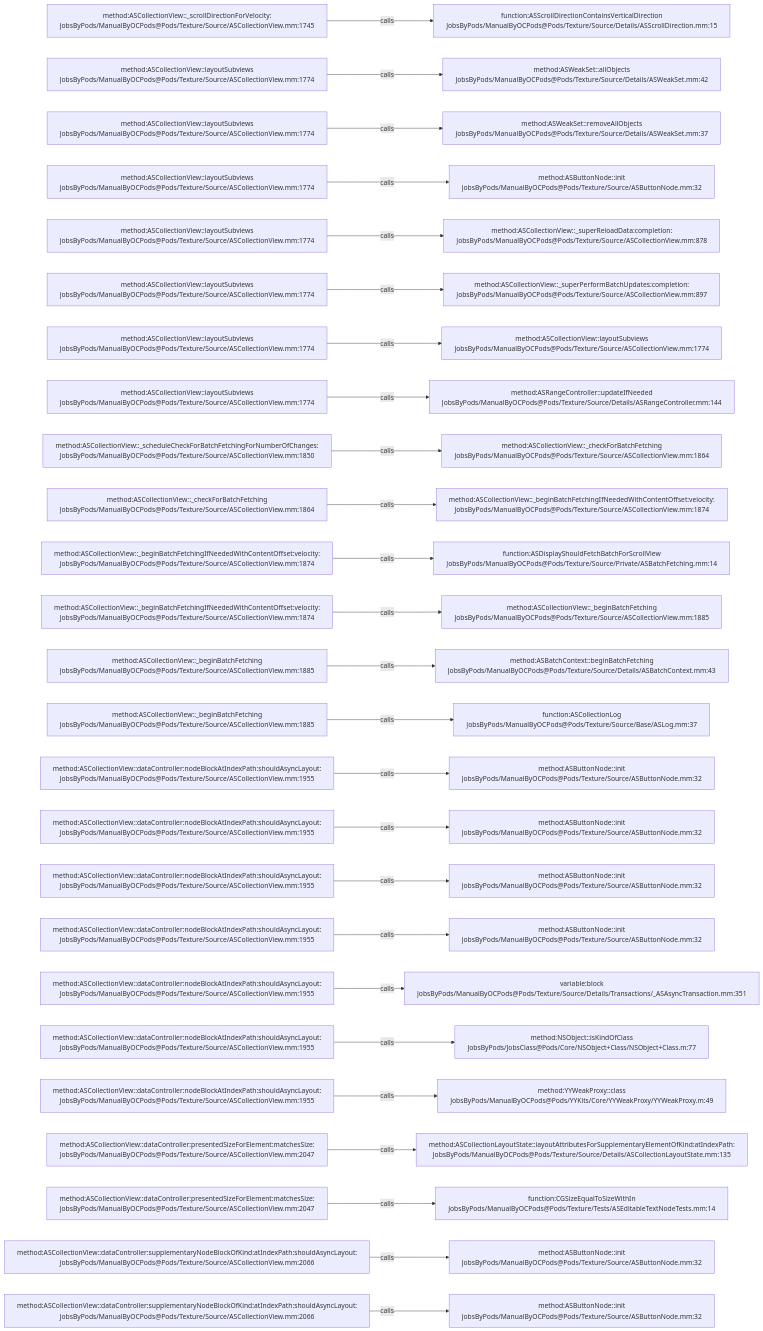
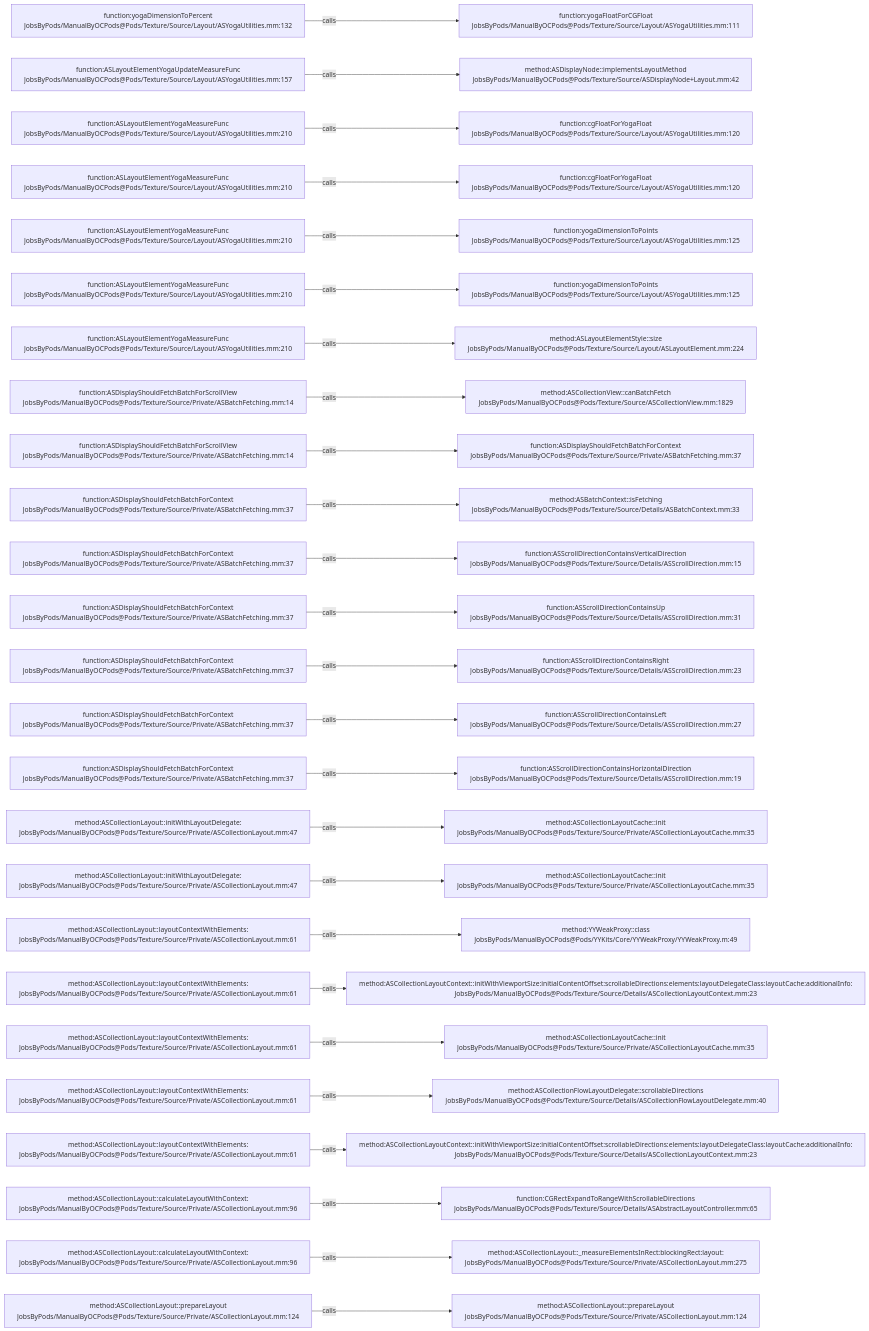
The diagram in .codegraph/codegraph.md/graphs/calls-192.md (JobsKits/JobsOCBaseConfigDemo), drawn with Mermaid before and after one commit. The commit also changed 2162 other files, not shown here.

````diff
--- a/.codegraph/codegraph.md/graphs/calls-192.md
+++ b/.codegraph/codegraph.md/graphs/calls-192.md
@@ -13,78 +13,78 @@
 ```mermaid
 flowchart LR
-  S1["method:ASCollectionView::_scrollDirectionForVelocity:<br/>JobsByPods/ManualByOCPods@Pods/Texture/Source/ASCollectionView.mm:1745"]
-  T1["function:ASScrollDirectionContainsVerticalDirection<br/>JobsByPods/ManualByOCPods@Pods/Texture/Source/Details/ASScrollDirection.mm:15"]
+  S1["function:yogaDimensionToPercent<br/>JobsByPods/ManualByOCPods@Pods/Texture/Source/Layout/ASYogaUtilities.mm:132"]
+  T1["function:yogaFloatForCGFloat<br/>JobsByPods/ManualByOCPods@Pods/Texture/Source/Layout/ASYogaUtilities.mm:111"]
   S1 -->|calls| T1
-  S2["method:ASCollectionView::layoutSubviews<br/>JobsByPods/ManualByOCPods@Pods/Texture/Source/ASCollectionView.mm:1774"]
-  T2["method:ASWeakSet::allObjects<br/>JobsByPods/ManualByOCPods@Pods/Texture/Source/Details/ASWeakSet.mm:42"]
+  S2["function:ASLayoutElementYogaUpdateMeasureFunc<br/>JobsByPods/ManualByOCPods@Pods/Texture/Source/Layout/ASYogaUtilities.mm:157"]
+  T2["method:ASDisplayNode::implementsLayoutMethod<br/>JobsByPods/ManualByOCPods@Pods/Texture/Source/ASDisplayNode+Layout.mm:42"]
   S2 -->|calls| T2
-  S3["method:ASCollectionView::layoutSubviews<br/>JobsByPods/ManualByOCPods@Pods/Texture/Source/ASCollectionView.mm:1774"]
-  T3["method:ASWeakSet::removeAllObjects<br/>JobsByPods/ManualByOCPods@Pods/Texture/Source/Details/ASWeakSet.mm:37"]
+  S3["function:ASLayoutElementYogaMeasureFunc<br/>JobsByPods/ManualByOCPods@Pods/Texture/Source/Layout/ASYogaUtilities.mm:210"]
+  T3["function:cgFloatForYogaFloat<br/>JobsByPods/ManualByOCPods@Pods/Texture/Source/Layout/ASYogaUtilities.mm:120"]
   S3 -->|calls| T3
-  S4["method:ASCollectionView::layoutSubviews<br/>JobsByPods/ManualByOCPods@Pods/Texture/Source/ASCollectionView.mm:1774"]
-  T4["method:ASButtonNode::init<br/>JobsByPods/ManualByOCPods@Pods/Texture/Source/ASButtonNode.mm:32"]
+  S4["function:ASLayoutElementYogaMeasureFunc<br/>JobsByPods/ManualByOCPods@Pods/Texture/Source/Layout/ASYogaUtilities.mm:210"]
+  T4["function:cgFloatForYogaFloat<br/>JobsByPods/ManualByOCPods@Pods/Texture/Source/Layout/ASYogaUtilities.mm:120"]
   S4 -->|calls| T4
-  S5["method:ASCollectionView::layoutSubviews<br/>JobsByPods/ManualByOCPods@Pods/Texture/Source/ASCollectionView.mm:1774"]
-  T5["method:ASCollectionView::_superReloadData:completion:<br/>JobsByPods/ManualByOCPods@Pods/Texture/Source/ASCollectionView.mm:878"]
+  S5["function:ASLayoutElementYogaMeasureFunc<br/>JobsByPods/ManualByOCPods@Pods/Texture/Source/Layout/ASYogaUtilities.mm:210"]
+  T5["function:yogaDimensionToPoints<br/>JobsByPods/ManualByOCPods@Pods/Texture/Source/Layout/ASYogaUtilities.mm:125"]
   S5 -->|calls| T5
-  S6["method:ASCollectionView::layoutSubviews<br/>JobsByPods/ManualByOCPods@Pods/Texture/Source/ASCollectionView.mm:1774"]
-  T6["method:ASCollectionView::_superPerformBatchUpdates:completion:<br/>JobsByPods/ManualByOCPods@Pods/Texture/Source/ASCollectionView.mm:897"]
+  S6["function:ASLayoutElementYogaMeasureFunc<br/>JobsByPods/ManualByOCPods@Pods/Texture/Source/Layout/ASYogaUtilities.mm:210"]
+  T6["function:yogaDimensionToPoints<br/>JobsByPods/ManualByOCPods@Pods/Texture/Source/Layout/ASYogaUtilities.mm:125"]
   S6 -->|calls| T6
-  S7["method:ASCollectionView::layoutSubviews<br/>JobsByPods/ManualByOCPods@Pods/Texture/Source/ASCollectionView.mm:1774"]
-  T7["method:ASCollectionView::layoutSubviews<br/>JobsByPods/ManualByOCPods@Pods/Texture/Source/ASCollectionView.mm:1774"]
+  S7["function:ASLayoutElementYogaMeasureFunc<br/>JobsByPods/ManualByOCPods@Pods/Texture/Source/Layout/ASYogaUtilities.mm:210"]
+  T7["method:ASLayoutElementStyle::size<br/>JobsByPods/ManualByOCPods@Pods/Texture/Source/Layout/ASLayoutElement.mm:224"]
   S7 -->|calls| T7
-  S8["method:ASCollectionView::layoutSubviews<br/>JobsByPods/ManualByOCPods@Pods/Texture/Source/ASCollectionView.mm:1774"]
-  T8["method:ASRangeController::updateIfNeeded<br/>JobsByPods/ManualByOCPods@Pods/Texture/Source/Details/ASRangeController.mm:144"]
+  S8["function:ASDisplayShouldFetchBatchForScrollView<br/>JobsByPods/ManualByOCPods@Pods/Texture/Source/Private/ASBatchFetching.mm:14"]
+  T8["method:ASCollectionView::canBatchFetch<br/>JobsByPods/ManualByOCPods@Pods/Texture/Source/ASCollectionView.mm:1829"]
   S8 -->|calls| T8
-  S9["method:ASCollectionView::_scheduleCheckForBatchFetchingForNumberOfChanges:<br/>JobsByPods/ManualByOCPods@Pods/Texture/Source/ASCollectionView.mm:1850"]
-  T9["method:ASCollectionView::_checkForBatchFetching<br/>JobsByPods/ManualByOCPods@Pods/Texture/Source/ASCollectionView.mm:1864"]
+  S9["function:ASDisplayShouldFetchBatchForScrollView<br/>JobsByPods/ManualByOCPods@Pods/Texture/Source/Private/ASBatchFetching.mm:14"]
+  T9["function:ASDisplayShouldFetchBatchForContext<br/>JobsByPods/ManualByOCPods@Pods/Texture/Source/Private/ASBatchFetching.mm:37"]
   S9 -->|calls| T9
-  S10["method:ASCollectionView::_checkForBatchFetching<br/>JobsByPods/ManualByOCPods@Pods/Texture/Source/ASCollectionView.mm:1864"]
-  T10["method:ASCollectionView::_beginBatchFetchingIfNeededWithContentOffset:velocity:<br/>JobsByPods/ManualByOCPods@Pods/Texture/Source/ASCollectionView.mm:1874"]
+  S10["function:ASDisplayShouldFetchBatchForContext<br/>JobsByPods/ManualByOCPods@Pods/Texture/Source/Private/ASBatchFetching.mm:37"]
+  T10["method:ASBatchContext::isFetching<br/>JobsByPods/ManualByOCPods@Pods/Texture/Source/Details/ASBatchContext.mm:33"]
   S10 -->|calls| T10
-  S11["method:ASCollectionView::_beginBatchFetchingIfNeededWithContentOffset:velocity:<br/>JobsByPods/ManualByOCPods@Pods/Texture/Source/ASCollectionView.mm:1874"]
-  T11["function:ASDisplayShouldFetchBatchForScrollView<br/>JobsByPods/ManualByOCPods@Pods/Texture/Source/Private/ASBatchFetching.mm:14"]
+  S11["function:ASDisplayShouldFetchBatchForContext<br/>JobsByPods/ManualByOCPods@Pods/Texture/Source/Private/ASBatchFetching.mm:37"]
+  T11["function:ASScrollDirectionContainsVerticalDirection<br/>JobsByPods/ManualByOCPods@Pods/Texture/Source/Details/ASScrollDirection.mm:15"]
   S11 -->|calls| T11
-  S12["method:ASCollectionView::_beginBatchFetchingIfNeededWithContentOffset:velocity:<br/>JobsByPods/ManualByOCPods@Pods/Texture/Source/ASCollectionView.mm:1874"]
-  T12["method:ASCollectionView::_beginBatchFetching<br/>JobsByPods/ManualByOCPods@Pods/Texture/Source/ASCollectionView.mm:1885"]
+  S12["function:ASDisplayShouldFetchBatchForContext<br/>JobsByPods/ManualByOCPods@Pods/Texture/Source/Private/ASBatchFetching.mm:37"]
+  T12["function:ASScrollDirectionContainsUp<br/>JobsByPods/ManualByOCPods@Pods/Texture/Source/Details/ASScrollDirection.mm:31"]
   S12 -->|calls| T12
-  S13["method:ASCollectionView::_beginBatchFetching<br/>JobsByPods/ManualByOCPods@Pods/Texture/Source/ASCollectionView.mm:1885"]
-  T13["method:ASBatchContext::beginBatchFetching<br/>JobsByPods/ManualByOCPods@Pods/Texture/Source/Details/ASBatchContext.mm:43"]
+  S13["function:ASDisplayShouldFetchBatchForContext<br/>JobsByPods/ManualByOCPods@Pods/Texture/Source/Private/ASBatchFetching.mm:37"]
+  T13["function:ASScrollDirectionContainsRight<br/>JobsByPods/ManualByOCPods@Pods/Texture/Source/Details/ASScrollDirection.mm:23"]
   S13 -->|calls| T13
-  S14["method:ASCollectionView::_beginBatchFetching<br/>JobsByPods/ManualByOCPods@Pods/Texture/Source/ASCollectionView.mm:1885"]
-  T14["function:ASCollectionLog<br/>JobsByPods/ManualByOCPods@Pods/Texture/Source/Base/ASLog.mm:37"]
+  S14["function:ASDisplayShouldFetchBatchForContext<br/>JobsByPods/ManualByOCPods@Pods/Texture/Source/Private/ASBatchFetching.mm:37"]
+  T14["function:ASScrollDirectionContainsLeft<br/>JobsByPods/ManualByOCPods@Pods/Texture/Source/Details/ASScrollDirection.mm:27"]
   S14 -->|calls| T14
-  S15["method:ASCollectionView::dataController:nodeBlockAtIndexPath:shouldAsyncLayout:<br/>JobsByPods/ManualByOCPods@Pods/Texture/Source/ASCollectionView.mm:1955"]
-  T15["method:ASButtonNode::init<br/>JobsByPods/ManualByOCPods@Pods/Texture/Source/ASButtonNode.mm:32"]
+  S15["function:ASDisplayShouldFetchBatchForContext<br/>JobsByPods/ManualByOCPods@Pods/Texture/Source/Private/ASBatchFetching.mm:37"]
+  T15["function:ASScrollDirectionContainsHorizontalDirection<br/>JobsByPods/ManualByOCPods@Pods/Texture/Source/Details/ASScrollDirection.mm:19"]
   S15 -->|calls| T15
-  S16["method:ASCollectionView::dataController:nodeBlockAtIndexPath:shouldAsyncLayout:<br/>JobsByPods/ManualByOCPods@Pods/Texture/Source/ASCollectionView.mm:1955"]
-  T16["method:ASButtonNode::init<br/>JobsByPods/ManualByOCPods@Pods/Texture/Source/ASButtonNode.mm:32"]
+  S16["method:ASCollectionLayout::initWithLayoutDelegate:<br/>JobsByPods/ManualByOCPods@Pods/Texture/Source/Private/ASCollectionLayout.mm:47"]
+  T16["method:ASCollectionLayoutCache::init<br/>JobsByPods/ManualByOCPods@Pods/Texture/Source/Private/ASCollectionLayoutCache.mm:35"]
   S16 -->|calls| T16
-  S17["method:ASCollectionView::dataController:nodeBlockAtIndexPath:shouldAsyncLayout:<br/>JobsByPods/ManualByOCPods@Pods/Texture/Source/ASCollectionView.mm:1955"]
-  T17["method:ASButtonNode::init<br/>JobsByPods/ManualByOCPods@Pods/Texture/Source/ASButtonNode.mm:32"]
+  S17["method:ASCollectionLayout::initWithLayoutDelegate:<br/>JobsByPods/ManualByOCPods@Pods/Texture/Source/Private/ASCollectionLayout.mm:47"]
+  T17["method:ASCollectionLayoutCache::init<br/>JobsByPods/ManualByOCPods@Pods/Texture/Source/Private/ASCollectionLayoutCache.mm:35"]
   S17 -->|calls| T17
-  S18["method:ASCollectionView::dataController:nodeBlockAtIndexPath:shouldAsyncLayout:<br/>JobsByPods/ManualByOCPods@Pods/Texture/Source/ASCollectionView.mm:1955"]
-  T18["method:ASButtonNode::init<br/>JobsByPods/ManualByOCPods@Pods/Texture/Source/ASButtonNode.mm:32"]
+  S18["method:ASCollectionLayout::layoutContextWithElements:<br/>JobsByPods/ManualByOCPods@Pods/Texture/Source/Private/ASCollectionLayout.mm:61"]
+  T18["method:YYWeakProxy::class<br/>JobsByPods/ManualByOCPods@Pods/YYKits/Core/YYWeakProxy/YYWeakProxy.m:49"]
   S18 -->|calls| T18
-  S19["method:ASCollectionView::dataController:nodeBlockAtIndexPath:shouldAsyncLayout:<br/>JobsByPods/ManualByOCPods@Pods/Texture/Source/ASCollectionView.mm:1955"]
-  T19["variable:block<br/>JobsByPods/ManualByOCPods@Pods/Texture/Source/Details/Transactions/_ASAsyncTransaction.mm:351"]
+  S19["method:ASCollectionLayout::layoutContextWithElements:<br/>JobsByPods/ManualByOCPods@Pods/Texture/Source/Private/ASCollectionLayout.mm:61"]
+  T19["method:ASCollectionLayoutContext::initWithViewportSize:initialContentOffset:scrollableDirections:elements:layoutDelegateClass:layoutCache:additionalInfo:<br/>JobsByPods/ManualByOCPods@Pods/Texture/Source/Details/ASCollectionLayoutContext.mm:23"]
   S19 -->|calls| T19
-  S20["method:ASCollectionView::dataController:nodeBlockAtIndexPath:shouldAsyncLayout:<br/>JobsByPods/ManualByOCPods@Pods/Texture/Source/ASCollectionView.mm:1955"]
-  T20["method:NSObject::isKindOfClass<br/>JobsByPods/JobsClass@Pods/Core/NSObject+Class/NSObject+Class.m:77"]
+  S20["method:ASCollectionLayout::layoutContextWithElements:<br/>JobsByPods/ManualByOCPods@Pods/Texture/Source/Private/ASCollectionLayout.mm:61"]
+  T20["method:ASCollectionLayoutCache::init<br/>JobsByPods/ManualByOCPods@Pods/Texture/Source/Private/ASCollectionLayoutCache.mm:35"]
   S20 -->|calls| T20
-  S21["method:ASCollectionView::dataController:nodeBlockAtIndexPath:shouldAsyncLayout:<br/>JobsByPods/ManualByOCPods@Pods/Texture/Source/ASCollectionView.mm:1955"]
-  T21["method:YYWeakProxy::class<br/>JobsByPods/ManualByOCPods@Pods/YYKits/Core/YYWeakProxy/YYWeakProxy.m:49"]
+  S21["method:ASCollectionLayout::layoutContextWithElements:<br/>JobsByPods/ManualByOCPods@Pods/Texture/Source/Private/ASCollectionLayout.mm:61"]
+  T21["method:ASCollectionFlowLayoutDelegate::scrollableDirections<br/>JobsByPods/ManualByOCPods@Pods/Texture/Source/Details/ASCollectionFlowLayoutDelegate.mm:40"]
   S21 -->|calls| T21
-  S22["method:ASCollectionView::dataController:presentedSizeForElement:matchesSize:<br/>JobsByPods/ManualByOCPods@Pods/Texture/Source/ASCollectionView.mm:2047"]
-  T22["method:ASCollectionLayoutState::layoutAttributesForSupplementaryElementOfKind:atIndexPath:<br/>JobsByPods/ManualByOCPods@Pods/Texture/Source/Details/ASCollectionLayoutState.mm:135"]
+  S22["method:ASCollectionLayout::layoutContextWithElements:<br/>JobsByPods/ManualByOCPods@Pods/Texture/Source/Private/ASCollectionLayout.mm:61"]
+  T22["method:ASCollectionLayoutContext::initWithViewportSize:initialContentOffset:scrollableDirections:elements:layoutDelegateClass:layoutCache:additionalInfo:<br/>JobsByPods/ManualByOCPods@Pods/Texture/Source/Details/ASCollectionLayoutContext.mm:23"]
   S22 -->|calls| T22
-  S23["method:ASCollectionView::dataController:presentedSizeForElement:matchesSize:<br/>JobsByPods/ManualByOCPods@Pods/Texture/Source/ASCollectionView.mm:2047"]
-  T23["function:CGSizeEqualToSizeWithIn<br/>JobsByPods/ManualByOCPods@Pods/Texture/Tests/ASEditableTextNodeTests.mm:14"]
+  S23["method:ASCollectionLayout::calculateLayoutWithContext:<br/>JobsByPods/ManualByOCPods@Pods/Texture/Source/Private/ASCollectionLayout.mm:96"]
+  T23["function:CGRectExpandToRangeWithScrollableDirections<br/>JobsByPods/ManualByOCPods@Pods/Texture/Source/Details/ASAbstractLayoutController.mm:65"]
   S23 -->|calls| T23
-  S24["method:ASCollectionView::dataController:supplementaryNodeBlockOfKind:atIndexPath:shouldAsyncLayout:<br/>JobsByPods/ManualByOCPods@Pods/Texture/Source/ASCollectionView.mm:2066"]
-  T24["method:ASButtonNode::init<br/>JobsByPods/ManualByOCPods@Pods/Texture/Source/ASButtonNode.mm:32"]
+  S24["method:ASCollectionLayout::calculateLayoutWithContext:<br/>JobsByPods/ManualByOCPods@Pods/Texture/Source/Private/ASCollectionLayout.mm:96"]
+  T24["method:ASCollectionLayout::_measureElementsInRect:blockingRect:layout:<br/>JobsByPods/ManualByOCPods@Pods/Texture/Source/Private/ASCollectionLayout.mm:275"]
   S24 -->|calls| T24
-  S25["method:ASCollectionView::dataController:supplementaryNodeBlockOfKind:atIndexPath:shouldAsyncLayout:<br/>JobsByPods/ManualByOCPods@Pods/Texture/Source/ASCollectionView.mm:2066"]
-  T25["method:ASButtonNode::init<br/>JobsByPods/ManualByOCPods@Pods/Texture/Source/ASButtonNode.mm:32"]
+  S25["method:ASCollectionLayout::prepareLayout<br/>JobsByPods/ManualByOCPods@Pods/Texture/Source/Private/ASCollectionLayout.mm:124"]
+  T25["method:ASCollectionLayout::prepareLayout<br/>JobsByPods/ManualByOCPods@Pods/Texture/Source/Private/ASCollectionLayout.mm:124"]
   S25 -->|calls| T25
 ```
````
